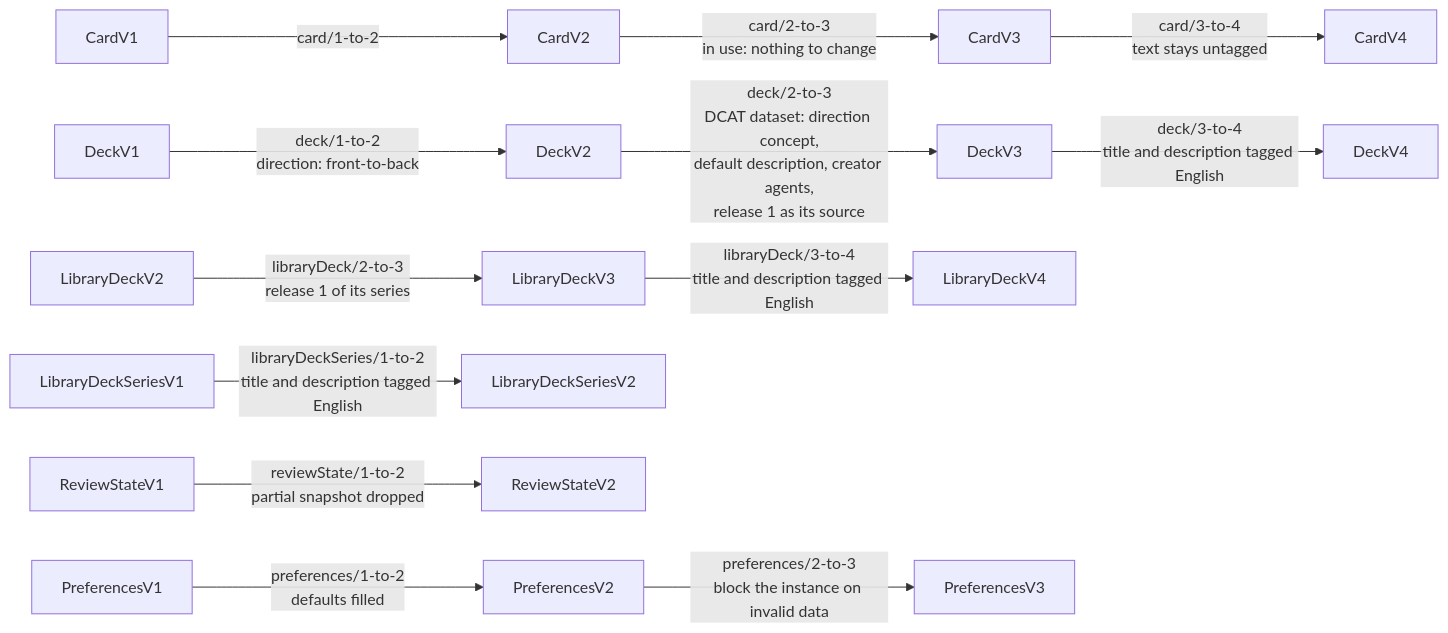
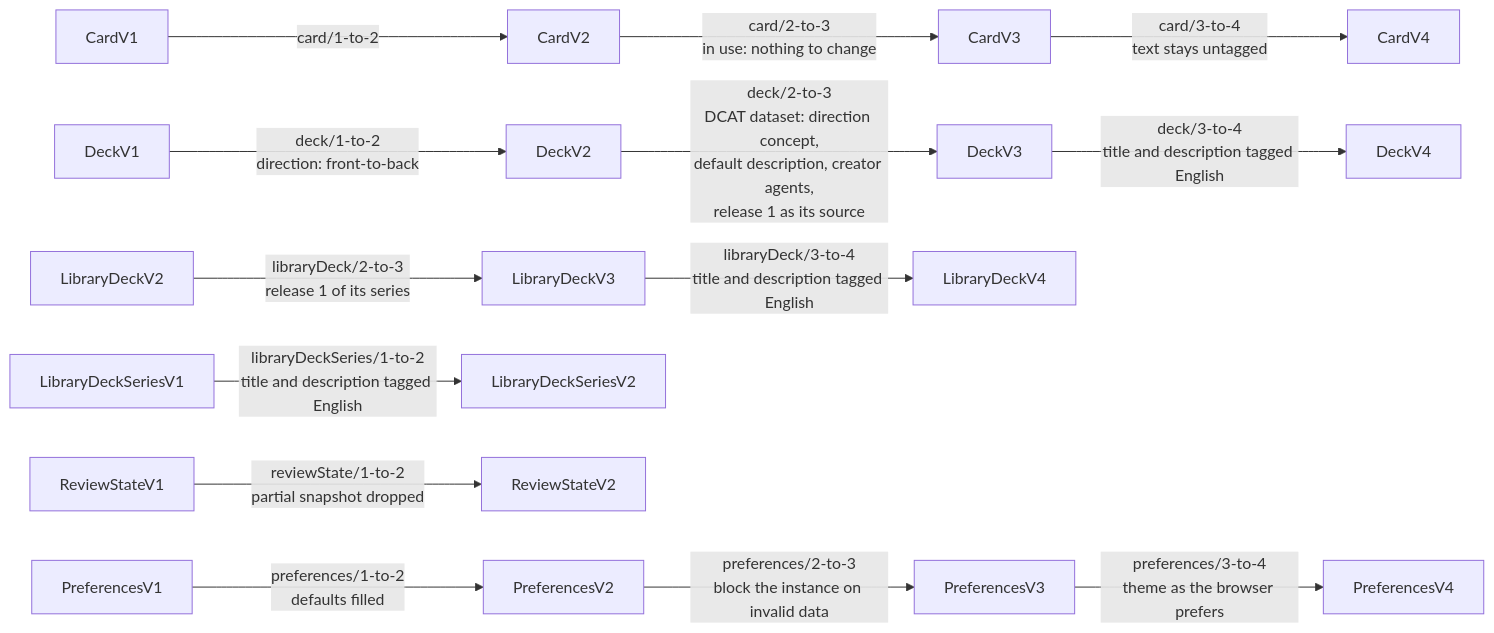
One commit to antwika/solid-memo changed the first of 3 diagrams in docs/migrations.md. Above: the diagram before and after it, drawn with Mermaid. The commit also changed 55 other files, not shown here.

````diff
--- a/docs/migrations.md
+++ b/docs/migrations.md
@@ -68,15 +68,16 @@
 ```mermaid
 flowchart LR
     v1["CardV1"] -->|card/1-to-2| v2["CardV2"]
     v2 -->|card/2-to-3<br/>in use: nothing to change| v3["CardV3"]
     v3 -->|card/3-to-4<br/>text stays untagged| v4["CardV4"]
     d1["DeckV1"] -->|deck/1-to-2<br/>direction: front-to-back| d2["DeckV2"]
     d2 -->|deck/2-to-3<br/>DCAT dataset: direction concept,<br/>default description, creator agents,<br/>release 1 as its source| d3["DeckV3"]
     d3 -->|deck/3-to-4<br/>title and description tagged English| d4["DeckV4"]
     l2["LibraryDeckV2"] -->|libraryDeck/2-to-3<br/>release 1 of its series| l3["LibraryDeckV3"]
     l3 -->|libraryDeck/3-to-4<br/>title and description tagged English| l4["LibraryDeckV4"]
     s1["LibraryDeckSeriesV1"] -->|libraryDeckSeries/1-to-2<br/>title and description tagged English| s2["LibraryDeckSeriesV2"]
     r1["ReviewStateV1"] -->|reviewState/1-to-2<br/>partial snapshot dropped| r2["ReviewStateV2"]
     p1["PreferencesV1"] -->|preferences/1-to-2<br/>defaults filled| p2["PreferencesV2"]
     p2 -->|preferences/2-to-3<br/>block the instance on invalid data| p3["PreferencesV3"]
+    p3 -->|preferences/3-to-4<br/>theme as the browser prefers| p4["PreferencesV4"]
 ```
````
